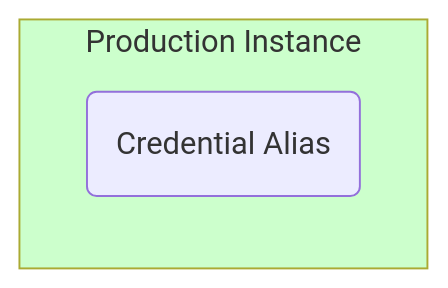
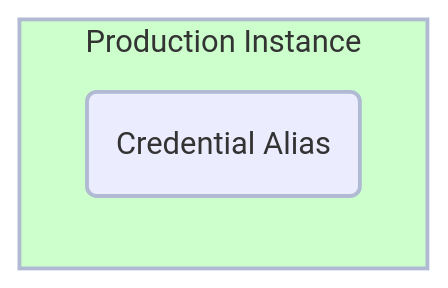
Before and after one commit to CreatorWorkflowsNow/lab-aemc-utah: the second of 2 diagrams in docs/02-Implementation/01-Prod/120-prod-credentials.md, drawn with Mermaid. The commit also changed other lines of this file and 54 other files, not shown here.

````diff
--- a/docs/02-Implementation/01-Prod/120-prod-credentials.md
+++ b/docs/02-Implementation/01-Prod/120-prod-credentials.md
@@ -28,7 +27,8 @@
 ``` mermaid
 graph LR
-    subgraph Production[Production Instance]
-       Credential("Credential Alias")
+    subgraph Production["Production Instance"]
+        Credential("Credential Alias")
     end
-    style Production fill:#CCFFCC
+    style Production fill:#CCFFCC,stroke:#B0BAD3,stroke-width:2px,color:#333;
+    style Credential fill:#ECECFF,stroke:#B0BAD3,stroke-width:2px,color:#333;
 ```
````
